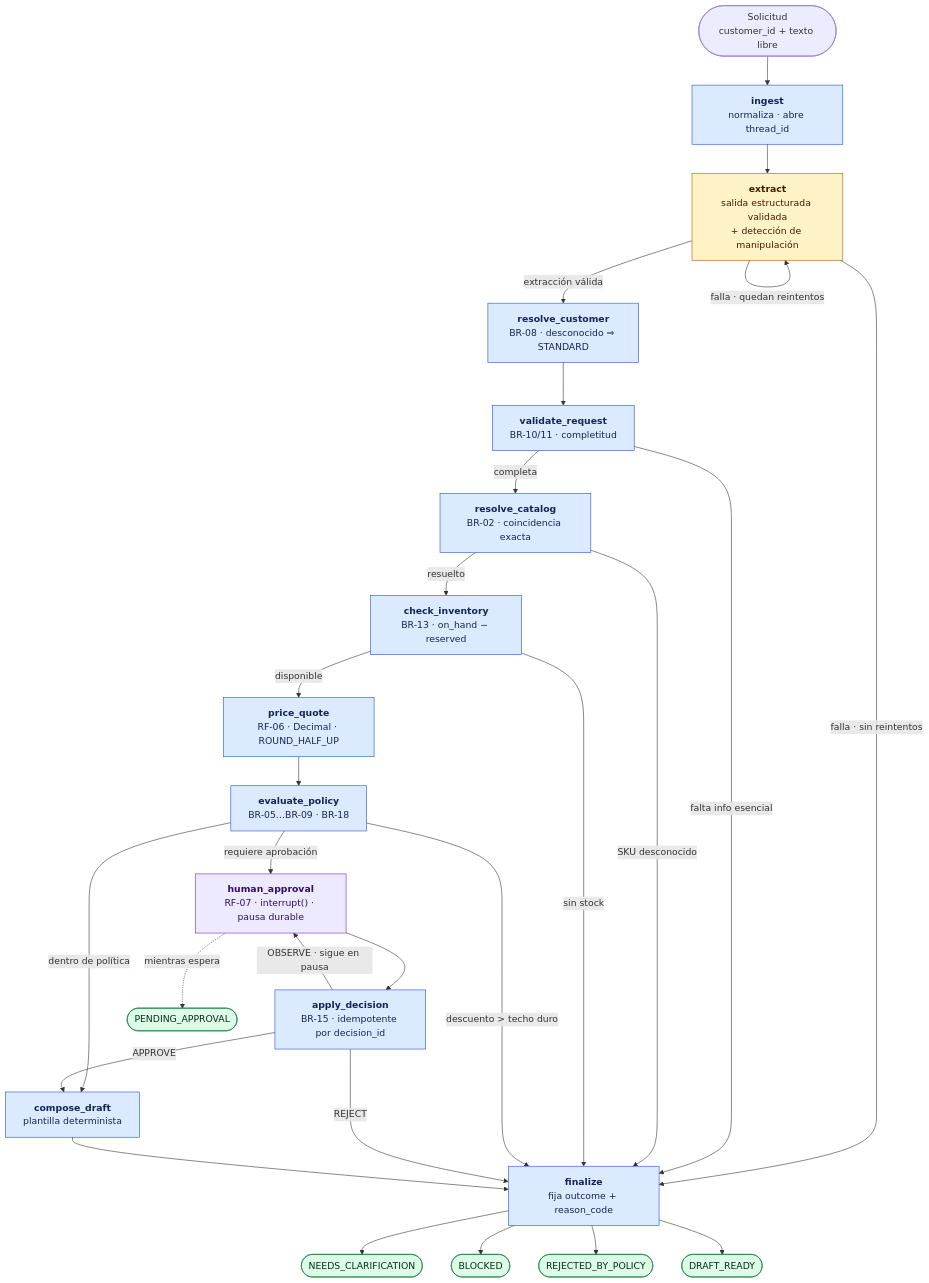
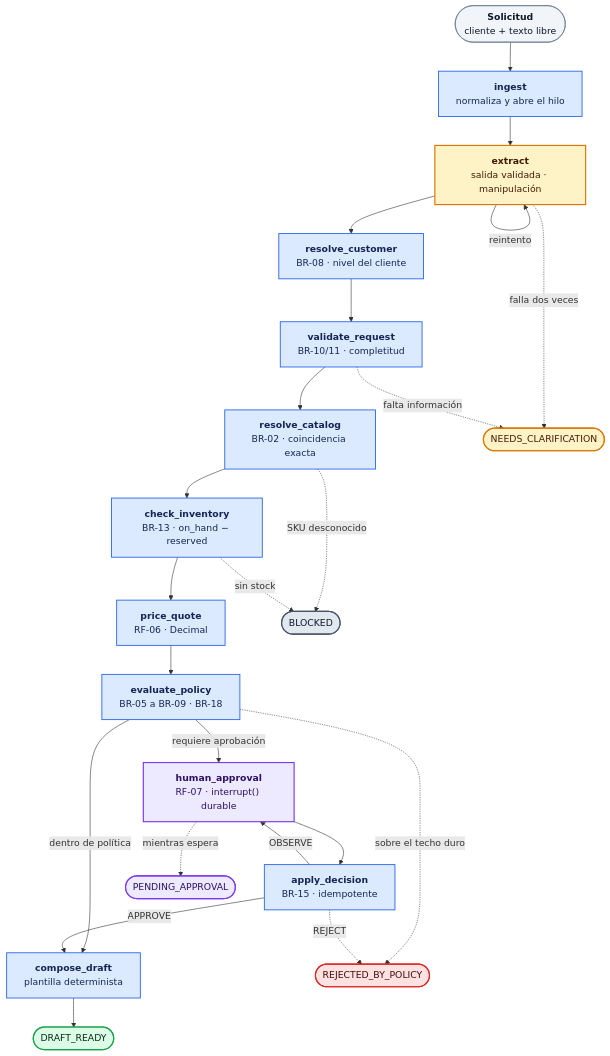
One commit to guisa17/quoteflow changed the second of 2 diagrams in README.md. Above: the diagram before and after it, drawn with Mermaid. The commit also changed other lines of this file and 1 other file, not shown here.

Commit message:
docs(readme): rediseña los diagramas y simplifica la autoría
- El grafo completo dibuja cada salida anticipada hacia su resultado,
  con un color por resultado, en vez de converger todo en finalize.
- La frontera separa calcular, evaluar y redactar dentro del dominio.
- La leyenda deja los emojis y pasa a texto.
- Autoría como Guillermo Salcedo en README y LICENSE.

````diff
--- a/README.md
+++ b/README.md
@@ -147,56 +155,64 @@
 ```mermaid
 flowchart TD
-    START(["Solicitud<br/>customer_id + texto libre"]) --> ingest
+    inicio(["<b>Solicitud</b><br/>cliente + texto libre"])
 
-    ingest["<b>ingest</b><br/>normaliza · abre thread_id"] --> extract
-    extract["<b>extract</b><br/>salida estructurada validada<br/>+ detección de manipulación"]
-    extract -->|"extracción válida"| resolve_customer
-    extract -->|"falla · quedan reintentos"| extract
-    extract -->|"falla · sin reintentos"| finalize
+    ingest["<b>ingest</b><br/>normaliza y abre el hilo"]
+    extract["<b>extract</b><br/>salida validada · manipulación"]
 
-    resolve_customer["<b>resolve_customer</b><br/>BR-08 · desconocido ⇒ STANDARD"] --> validate_request
+    resolve_customer["<b>resolve_customer</b><br/>BR-08 · nivel del cliente"]
+    validate_request["<b>validate_request</b><br/>BR-10/11 · completitud"]
+    resolve_catalog["<b>resolve_catalog</b><br/>BR-02 · coincidencia exacta"]
+    check_inventory["<b>check_inventory</b><br/>BR-13 · on_hand − reserved"]
 
-    validate_request["<b>validate_request</b><br/>BR-10/11 · completitud"]
-    validate_request -->|"falta info esencial"| finalize
-    validate_request -->|"completa"| resolve_catalog
+    price_quote["<b>price_quote</b><br/>RF-06 · Decimal"]
+    evaluate_policy["<b>evaluate_policy</b><br/>BR-05 a BR-09 · BR-18"]
 
-    resolve_catalog["<b>resolve_catalog</b><br/>BR-02 · coincidencia exacta"]
-    resolve_catalog -->|"SKU desconocido"| finalize
-    resolve_catalog -->|"resuelto"| check_inventory
+    human_approval["<b>human_approval</b><br/>RF-07 · interrupt() durable"]
+    apply_decision["<b>apply_decision</b><br/>BR-15 · idempotente"]
 
-    check_inventory["<b>check_inventory</b><br/>BR-13 · on_hand − reserved"]
-    check_inventory -->|"sin stock"| finalize
-    check_inventory -->|"disponible"| price_quote
+    compose_draft["<b>compose_draft</b><br/>plantilla determinista"]
 
-    price_quote["<b>price_quote</b><br/>RF-06 · Decimal · ROUND_HALF_UP"] --> evaluate_policy
+    clar(["NEEDS_CLARIFICATION"])
+    blocked(["BLOCKED"])
+    rejected(["REJECTED_BY_POLICY"])
+    pending(["PENDING_APPROVAL"])
+    draft(["DRAFT_READY"])
 
-    evaluate_policy["<b>evaluate_policy</b><br/>BR-05…BR-09 · BR-18"]
-    evaluate_policy -->|"descuento > techo duro"| finalize
+    inicio --> ingest --> extract
+    extract -->|"reintento"| extract
+    extract --> resolve_customer --> validate_request --> resolve_catalog --> check_inventory
+    check_inventory --> price_quote --> evaluate_policy
     evaluate_policy -->|"requiere aprobación"| human_approval
+    human_approval --> apply_decision
+    apply_decision -->|"OBSERVE"| human_approval
     evaluate_policy -->|"dentro de política"| compose_draft
+    apply_decision -->|"APPROVE"| compose_draft
+    compose_draft --> draft
 
-    human_approval["<b>human_approval</b><br/>RF-07 · interrupt() · pausa durable"] --> apply_decision
+    extract -.->|"falla dos veces"| clar
+    validate_request -.->|"falta información"| clar
+    resolve_catalog -.->|"SKU desconocido"| blocked
+    check_inventory -.->|"sin stock"| blocked
+    evaluate_policy -.->|"sobre el techo duro"| rejected
+    apply_decision -.->|"REJECT"| rejected
+    human_approval -.->|"mientras espera"| pending
 
-    apply_decision["<b>apply_decision</b><br/>BR-15 · idempotente por decision_id"]
-    apply_decision -->|"APPROVE"| compose_draft
-    apply_decision -->|"REJECT"| finalize
-    apply_decision -->|"OBSERVE · sigue en pausa"| human_approval
-
-    compose_draft["<b>compose_draft</b><br/>plantilla determinista"] --> finalize
-    finalize["<b>finalize</b><br/>fija outcome + reason_code"]
-
-    finalize --> R1(["NEEDS_CLARIFICATION"])
-    finalize --> R2(["BLOCKED"])
-    finalize --> R3(["REJECTED_BY_POLICY"])
-    finalize --> R4(["DRAFT_READY"])
-    human_approval -.->|"mientras espera"| R5(["PENDING_APPROVAL"])
-
-    classDef llm fill:#fef3c7,stroke:#b45309,color:#451a03
-    classDef det fill:#dbeafe,stroke:#1d4ed8,color:#172554
-    classDef human fill:#ede9fe,stroke:#6d28d9,color:#2e1065
-    classDef out fill:#dcfce7,stroke:#15803d,color:#052e16
+    classDef entrada fill:#f1f5f9,stroke:#64748b,color:#0f172a
+    classDef llm fill:#fef3c7,stroke:#d97706,stroke-width:2px,color:#451a03
+    classDef det fill:#dbeafe,stroke:#2563eb,stroke-width:1.5px,color:#172554
+    classDef hum fill:#ede9fe,stroke:#7c3aed,stroke-width:2px,color:#2e1065
+    classDef r_ok fill:#dcfce7,stroke:#16a34a,stroke-width:2px,color:#052e16
+    classDef r_wait fill:#ede9fe,stroke:#7c3aed,stroke-width:2px,color:#2e1065
+    classDef r_ask fill:#fef3c7,stroke:#d97706,stroke-width:2px,color:#451a03
+    classDef r_stop fill:#e2e8f0,stroke:#475569,stroke-width:2px,color:#0f172a
+    classDef r_no fill:#fee2e2,stroke:#dc2626,stroke-width:2px,color:#450a0a
+    class inicio entrada
     class extract llm
-    class ingest,resolve_customer,validate_request,resolve_catalog,check_inventory,price_quote,evaluate_policy,apply_decision,compose_draft,finalize det
-    class human_approval human
-    class R1,R2,R3,R4,R5 out
+    class ingest,resolve_customer,validate_request,resolve_catalog,check_inventory,price_quote,evaluate_policy,apply_decision,compose_draft det
+    class human_approval hum
+    class draft r_ok
+    class pending r_wait
+    class clar r_ask
+    class blocked r_stop
+    class rejected r_no
 ```
````
